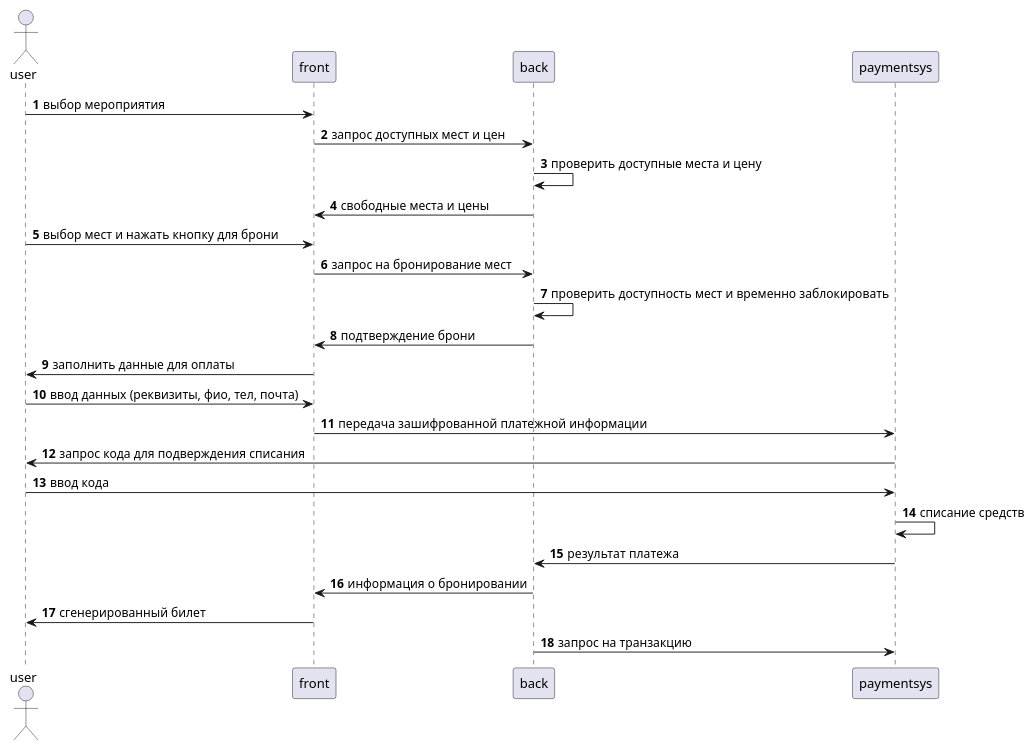
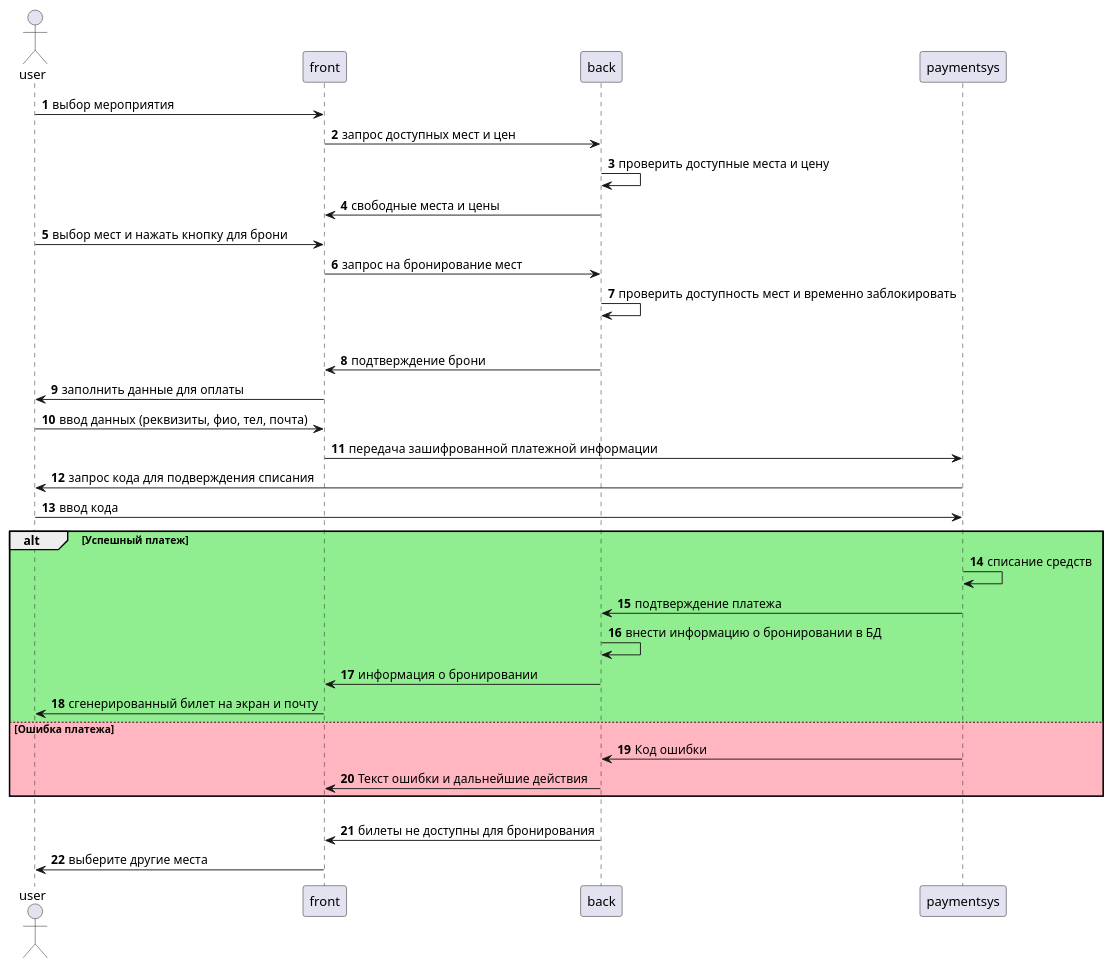
One commit to NadezdaHope19/practice changed the diagram in diagrams/sequence.puml. Above: the diagram before and after it, drawn with PlantUML.

```diff
--- a/diagrams/sequence.puml
+++ b/diagrams/sequence.puml
@@ -1,24 +1,31 @@
 @startuml
 autonumber
 actor user
 user -> front : выбор мероприятия
 front -> back : запрос доступных мест и цен
 back -> back : проверить доступные места и цену
 back -> front : свободные места и цены
 user -> front : выбор мест и нажать кнопку для брони
 front -> back : запрос на бронирование мест
 back -> back : проверить доступность мест и временно заблокировать
+alt #Lightgreen Места доступны для бронировния
 back -> front : подтверждение брони
 front -> user : заполнить данные для оплаты
 user -> front : ввод данных (реквизиты, фио, тел, почта)
 front -> paymentsys : передача зашифрованной платежной информации
 paymentsys -> user : запрос кода для подверждения списания
 user -> paymentsys : ввод кода
+alt #LightGreen Успешный платеж
 paymentsys -> paymentsys : списание средств
-paymentsys -> back : результат платежа
+paymentsys -> back : подтверждение платежа
+back -> back : внести информацию о бронировании в БД
 back -> front : информация о бронировании
-front -> user : сгенерированный билет
-back -> paymentsys : запрос на транзакцию
-
-
+front -> user : сгенерированный билет на экран и почту
+else #lightpink Ошибка платежа
+paymentsys -> back : Код ошибки
+back -> front : Текст ошибки и дальнейшие действия
+end
+else #lightpink Билеты недоступны для бронирования
+back -> front : билеты не доступны для бронирования
+front -> user : выберите другие места
 @enduml
```
